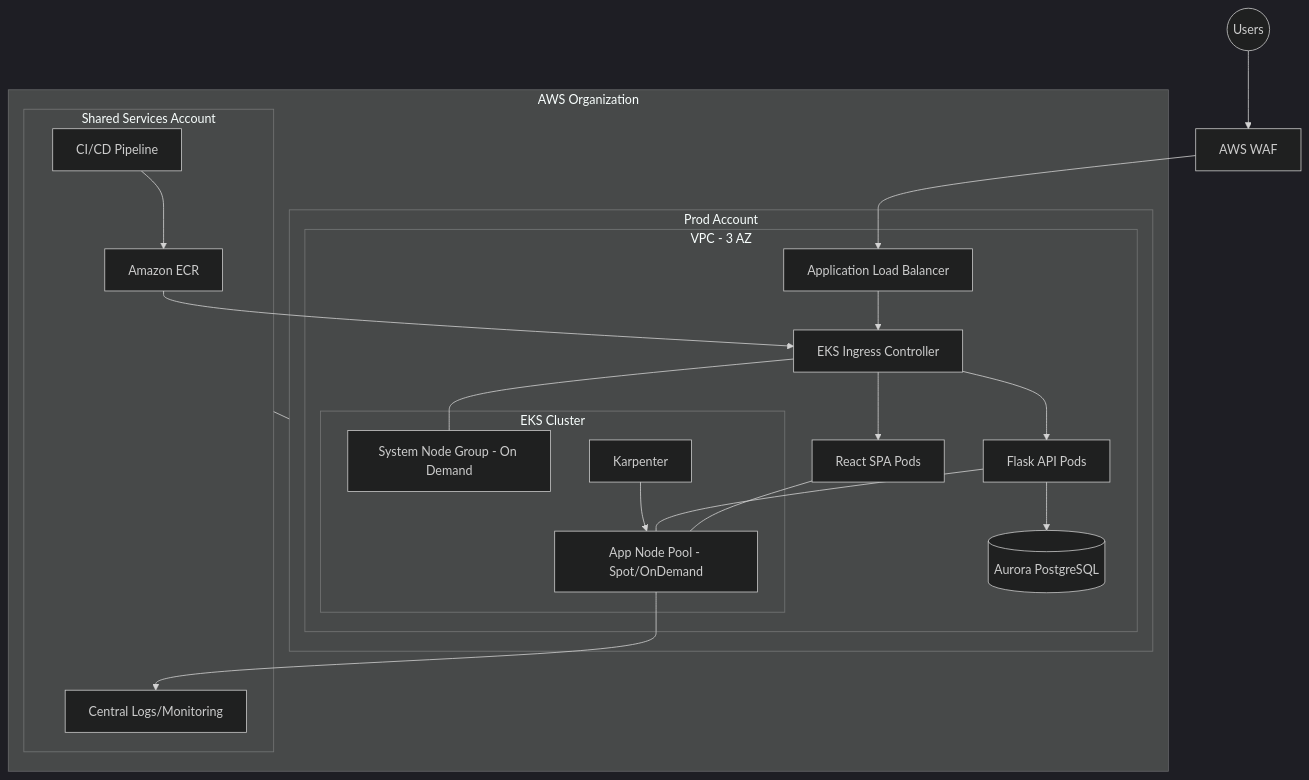
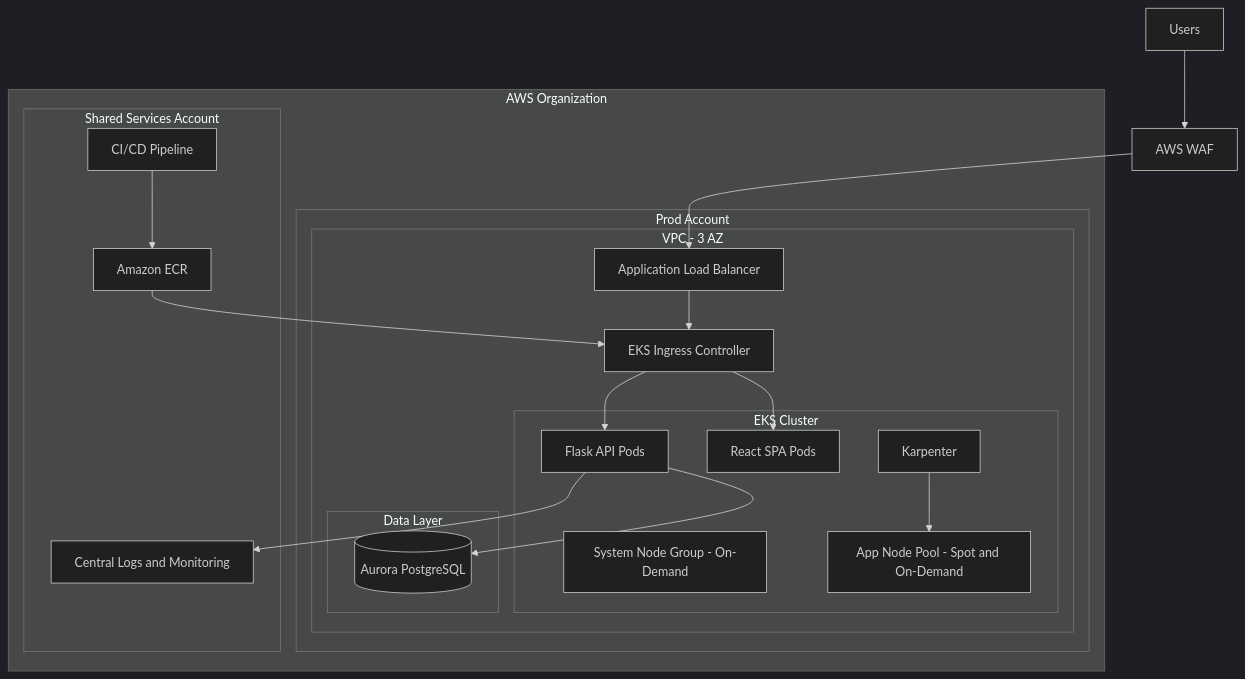
The diagram in architecture/README.md (gezim-tech/opsfleet), drawn with Mermaid (dark theme) before and after one commit. The commit also changed other lines of this file and 1 other file, not shown here.

Commit message:
fix: improve diagram readability

````diff
--- a/architecture/README.md
+++ b/architecture/README.md
@@ -199,36 +199,38 @@
 ```mermaid
 flowchart TB
-  Internet((Users)) --> WAF[AWS WAF]
+  U[Users] --> WAF[AWS WAF]
   WAF --> ALB[Application Load Balancer]
 
-  subgraph AWS_Org[AWS Organization]
-    subgraph Shared[Shared Services Account]
-      CI[CI/CD Pipeline] --> ECR[Amazon ECR]
-      Logs[Central Logs/Monitoring]
-    end
-
-    subgraph Prod_Account[Prod Account]
+  subgraph ORG[AWS Organization]
+    subgraph PROD[Prod Account]
       subgraph VPC[VPC - 3 AZ]
-        ALB --> Ingress[EKS Ingress Controller]
-        Ingress --> FE[React SPA Pods]
-        Ingress --> API[Flask API Pods]
-        API --> DB[(Aurora PostgreSQL)]
+        ALB --> ING[EKS Ingress Controller]
 
         subgraph EKS[EKS Cluster]
-          SystemNG[System Node Group - On Demand]
-          AppPool[App Node Pool - Spot/OnDemand]
-          Karpenter[Karpenter]
+          SYS[System Node Group - On-Demand]
+          APPN[App Node Pool - Spot and On-Demand]
+          KARP[Karpenter]
+          FE[React SPA Pods]
+          API[Flask API Pods]
         end
 
-        FE --- AppPool
-        API --- AppPool
-        Ingress --- SystemNG
-        Karpenter --> AppPool
+        subgraph DATA[Data Layer]
+          DB[(Aurora PostgreSQL)]
+        end
+
+        ING --> FE
+        ING --> API
+        API --> DB
+        KARP --> APPN
       end
     end
 
-    Shared --- Prod_Account
-    ECR --> Ingress
-    AppPool --> Logs
+    subgraph SHARED[Shared Services Account]
+      CI[CI/CD Pipeline] --> ECR[Amazon ECR]
+      LOGS[Central Logs and Monitoring]
+    end
+
+    ECR --> ING
+    API --> LOGS
   end
 ```
````
